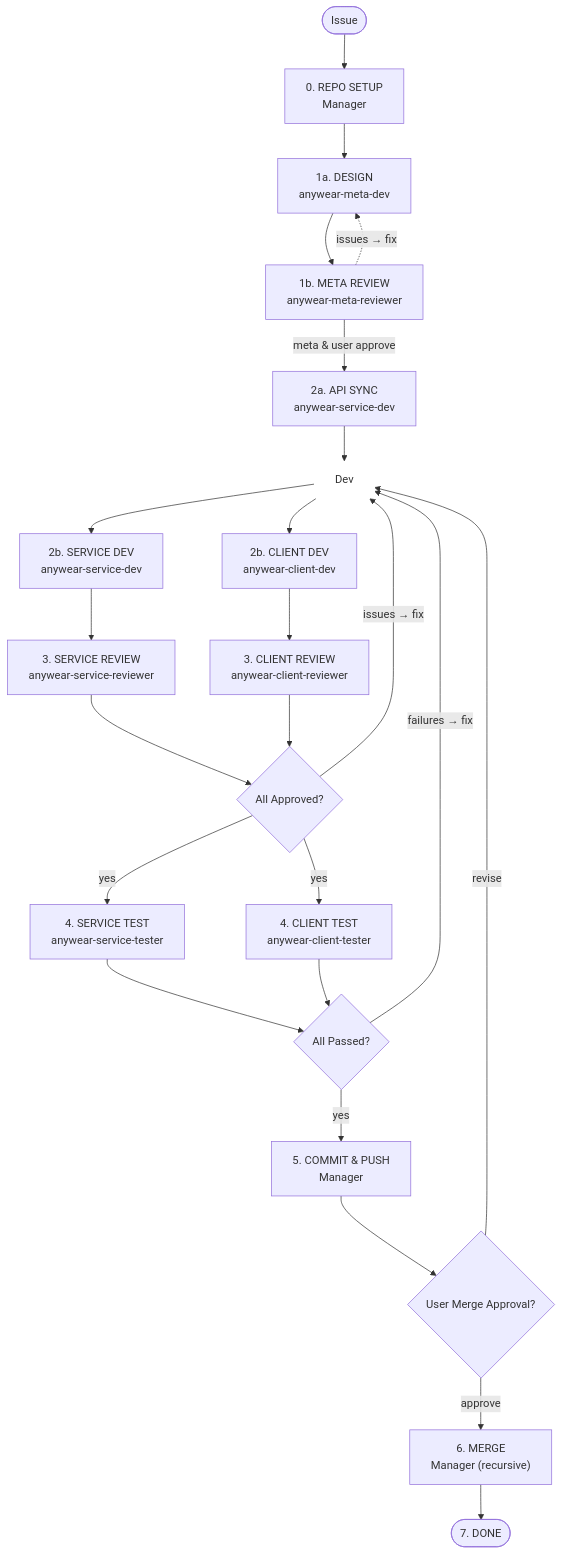
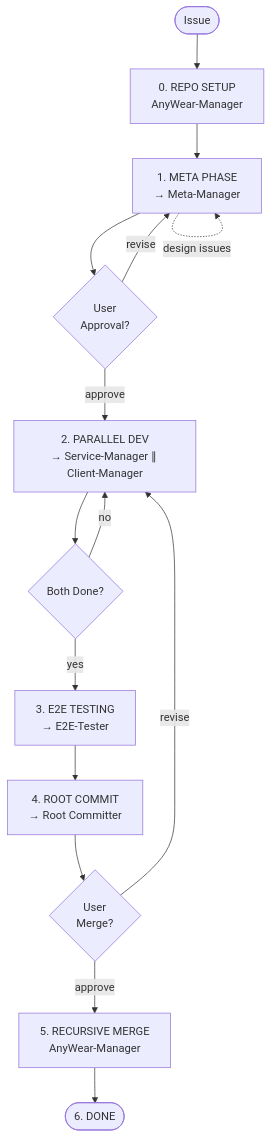
Before and after one commit to git-malu/AnyWear-E2E: the diagram in .opencode/agents/anywear-manager.md, drawn with Mermaid. The commit also changed other lines of this file and 9 other files, not shown here.

First line of the commit message:
feat: refactor AnyWear-Manager and introduce domain-specific orchestrators

````diff
--- a/.opencode/agents/anywear-manager.md
+++ b/.opencode/agents/anywear-manager.md
@@ -35,40 +62,19 @@
 ```mermaid
 flowchart TD
     START(["Issue"])
+    START --> SETUP["0. REPO SETUP<br/>AnyWear-Manager"]
+    SETUP --> META["1. META PHASE<br/>→ Meta-Manager"]
+    META -.->|design issues| META
+    META --> USER_APPROVAL{"User<br/>Approval?"}
+    USER_APPROVAL -->|revise| META
+    USER_APPROVAL -->|approve| PARALLEL["2. PARALLEL DEV<br/>→ Service-Manager ∥ Client-Manager"]
 
-    START --> SETUP["0. REPO SETUP<br/>Manager"]
-
-    SETUP --> DESIGN["1a. DESIGN<br/>anywear-meta-dev"]
-    DESIGN --> META_REVIEW["1b. META REVIEW<br/>anywear-meta-reviewer"]
-    META_REVIEW -.->|issues → fix| DESIGN
-    META_REVIEW -->|"meta & user approve"| API
-
-    API["2a. API SYNC<br/>anywear-service-dev"]
-
-    API --> DEV_FORK["Dev"]
-    DEV_FORK --> S_DEV["2b. SERVICE DEV<br/>anywear-service-dev"]
-    DEV_FORK --> C_DEV["2b. CLIENT DEV<br/>anywear-client-dev"]
-
-    S_DEV --> S_REVIEW["3. SERVICE REVIEW<br/>anywear-service-reviewer"]
-    C_DEV --> C_REVIEW["3. CLIENT REVIEW<br/>anywear-client-reviewer"]
-
-    S_REVIEW --> REVIEW_OK{"All Approved?"}
-    C_REVIEW --> REVIEW_OK
-
-    REVIEW_OK -->|issues → fix| DEV_FORK
-    REVIEW_OK -->|yes| S_TEST["4. SERVICE TEST<br/>anywear-service-tester"]
-    REVIEW_OK -->|yes| C_TEST["4. CLIENT TEST<br/>anywear-client-tester"]
-
-    S_TEST --> TEST_OK{"All Passed?"}
-    C_TEST --> TEST_OK
-
-    TEST_OK -->|failures → fix| DEV_FORK
-    TEST_OK -->|yes| COMMIT["5. COMMIT & PUSH<br/>Manager"]
-
-    COMMIT --> MERGE_APPROVAL{"User Merge Approval?"}
-    MERGE_APPROVAL -->|revise| DEV_FORK
-    MERGE_APPROVAL -->|approve| MERGE_RECURSIVE["6. MERGE<br/>Manager (recursive)"]
-    MERGE_RECURSIVE --> DONE(["7. DONE"])
-
-    style DEV_FORK fill:none,stroke:none
+    PARALLEL --> JOIN{"Both Done?"}
+    JOIN -->|no| PARALLEL
+    JOIN -->|yes| E2E["3. E2E TESTING<br/>→ E2E-Tester"]
+    E2E --> COMMIT["4. ROOT COMMIT<br/>→ Root Committer"]
+    COMMIT --> MERGE_APPROVAL{"User<br/>Merge?"}
+    MERGE_APPROVAL -->|revise| PARALLEL
+    MERGE_APPROVAL -->|approve| MERGE["5. RECURSIVE MERGE<br/>AnyWear-Manager"]
+    MERGE --> DONE(["6. DONE"])
 ```
````
